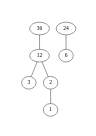
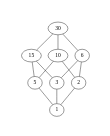
The diagram in hasse.gv (JairGF05/identificador_relaciones), drawn with Graphviz before and after one commit. The commit also changed 5 other files, not shown here.

```diff
--- a/hasse.gv
+++ b/hasse.gv
@@ -1,9 +1,16 @@
 graph G {
 	size=.5
 	node [height=.2 width=.2]
-	36 -- 12
-	24 -- 6
-	12 -- 3
-	12 -- 2
+	30 -- 15
+	30 -- 10
+	30 -- 6
+	15 -- 5
+	10 -- 5
+	15 -- 3
+	6 -- 3
+	10 -- 2
+	6 -- 2
+	5 -- 1
+	3 -- 1
 	2 -- 1
 }
```
